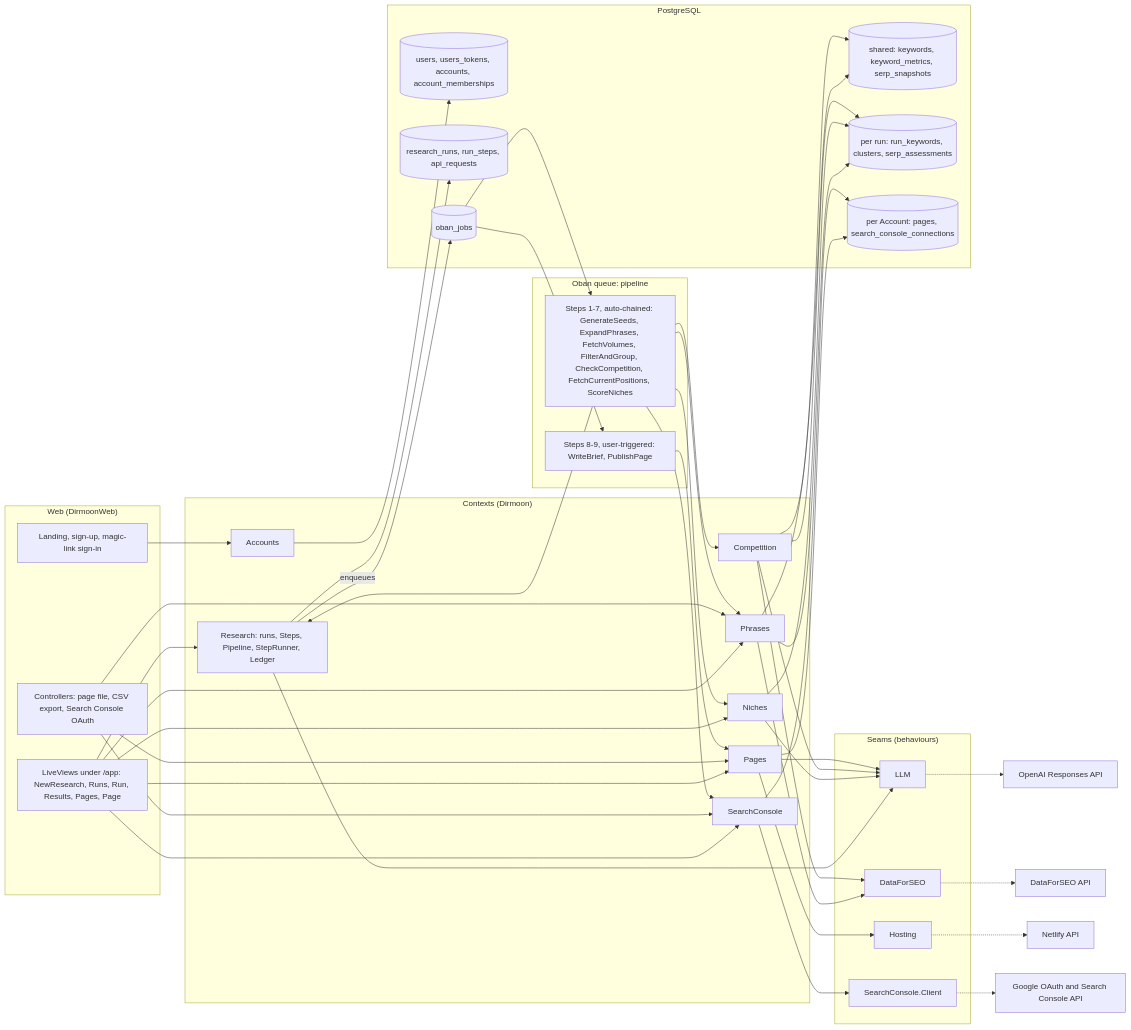
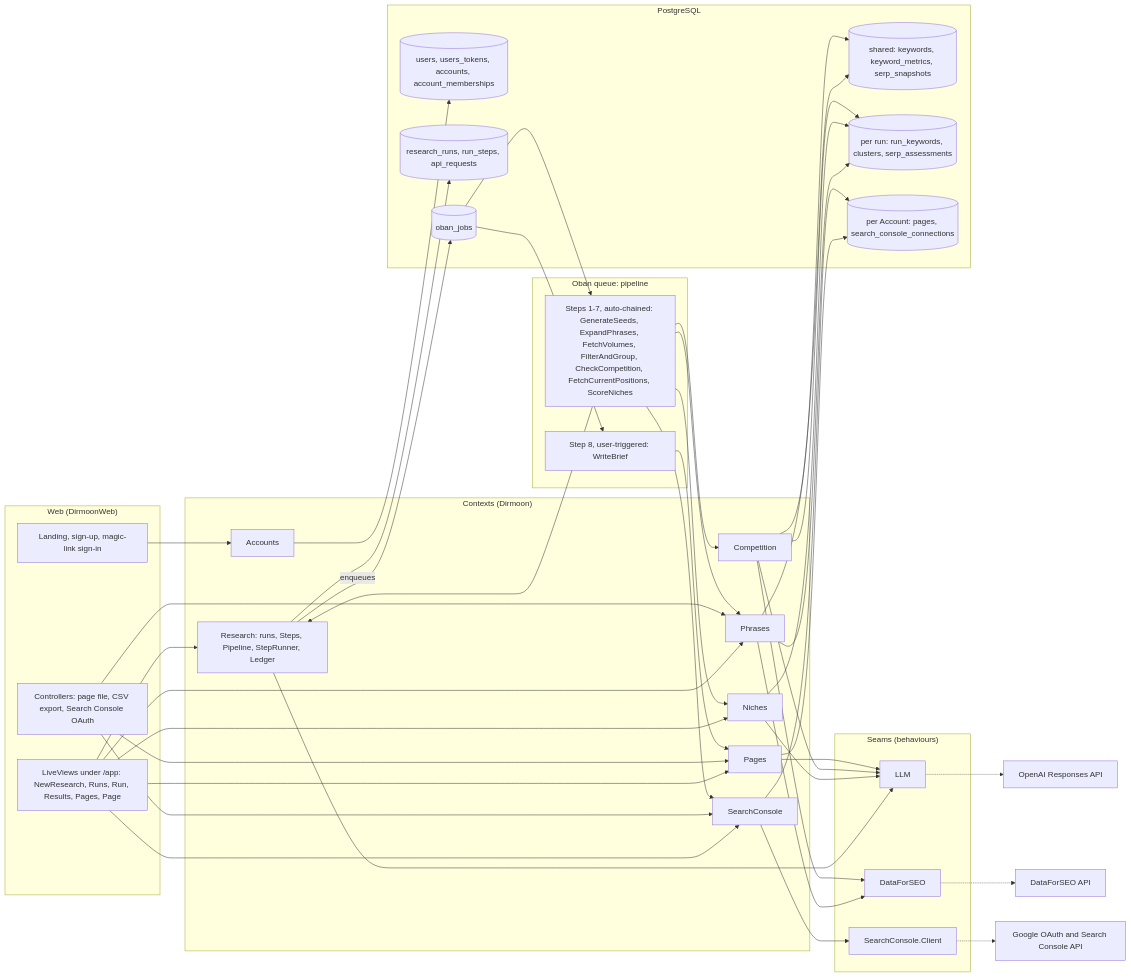
One commit to elpikel/dirmoon changed the diagram in ARCHITECTURE.md. Above: the diagram before and after it, drawn with Mermaid. The commit also changed other lines of this file and 71 other files, not shown here.

````diff
--- a/ARCHITECTURE.md
+++ b/ARCHITECTURE.md
@@ -16,7 +16,7 @@
 
   subgraph Jobs["Oban queue: pipeline"]
     Auto["Steps 1-7, auto-chained: GenerateSeeds, ExpandPhrases, FetchVolumes, FilterAndGroup, CheckCompetition, FetchCurrentPositions, ScoreNiches"]
-    Asked["Steps 8-9, user-triggered: WriteBrief, PublishPage"]
+    Asked["Step 8, user-triggered: WriteBrief"]
   end
 
   subgraph Contexts["Contexts (Dirmoon)"]
@@ -33,7 +33,6 @@
     LLM["LLM"]
     DFS["DataForSEO"]
     GSC["SearchConsole.Client"]
-    Hosting["Hosting"]
   end
 
   subgraph Tables["PostgreSQL"]
@@ -72,7 +71,6 @@
   Phrases --> DFS
   Competition --> DFS
   SearchConsole --> GSC
-  Pages --> Hosting
 
   Accounts --> TAcc
   Research --> TRun
@@ -87,5 +85,4 @@
   LLM -.-> XLLM["OpenAI Responses API"]
   DFS -.-> XDFS["DataForSEO API"]
   GSC -.-> XGoogle["Google OAuth and Search Console API"]
-  Hosting -.-> XNetlify["Netlify API"]
 ```
````
